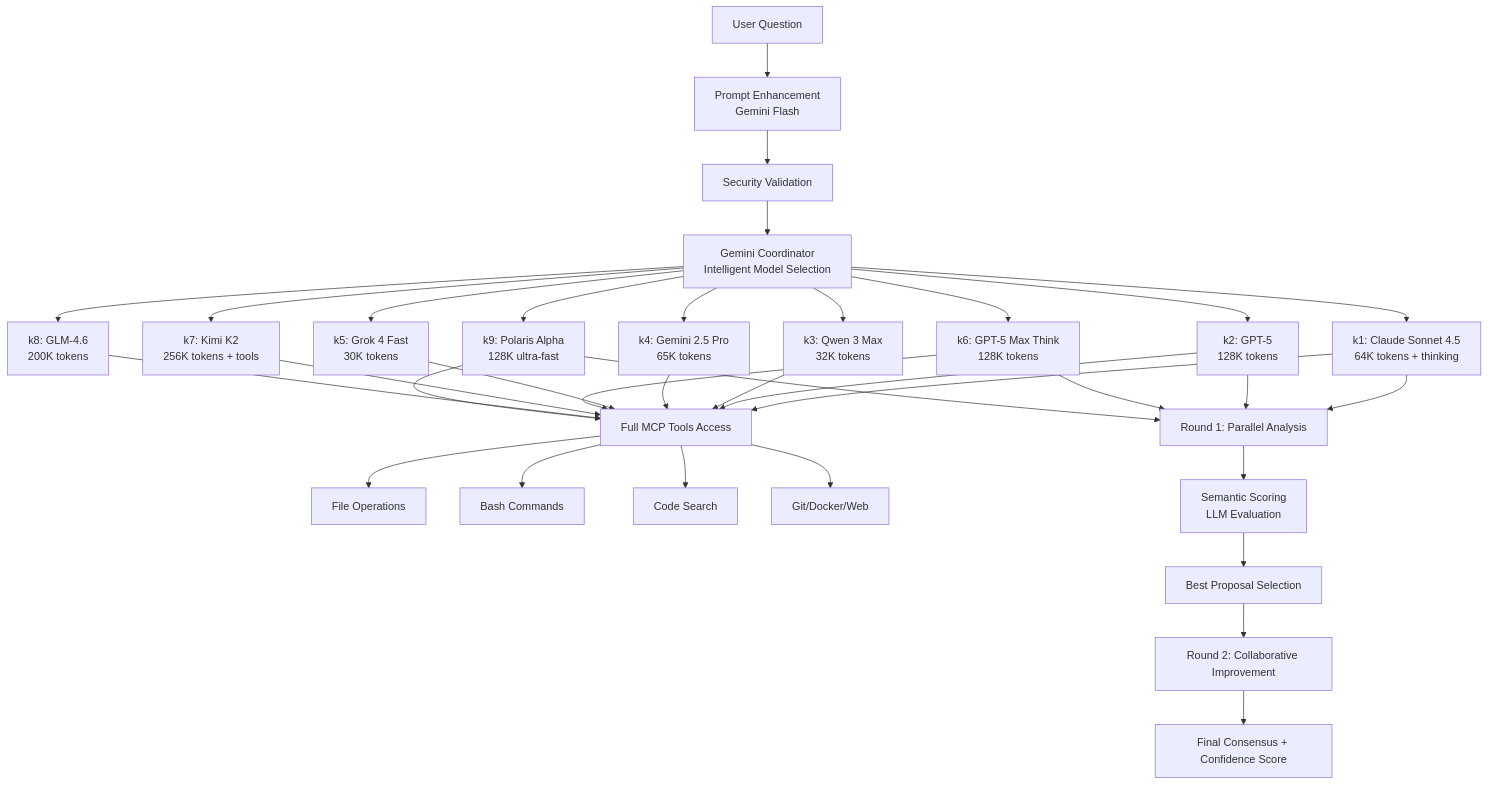
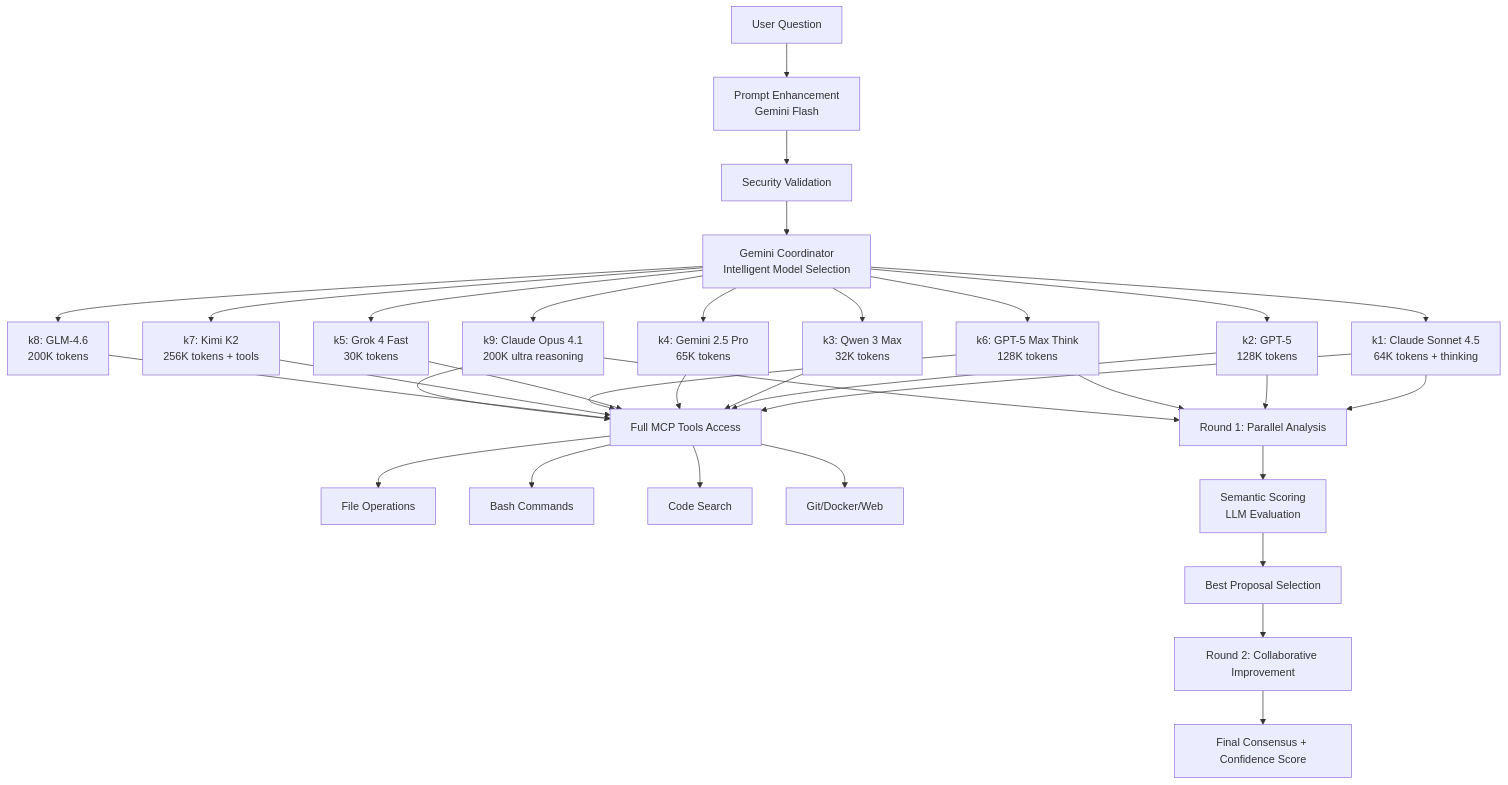
Before and after one commit to KostasNoreika/mcp-debate-consensus: the diagram in README.md, drawn with Mermaid. The commit also changed other lines of this file and 9 other files, not shown here.

First line of the commit message:
feat: Upgrade k9 to Claude Opus 4.1 with enhanced model testing

````diff
--- a/README.md
+++ b/README.md
@@ -174,40 +174,40 @@
 ```mermaid
 graph TD
     A[User Question] --> A1[Prompt Enhancement<br/>Gemini Flash]
     A1 --> B[Security Validation]
     B --> C[Gemini Coordinator<br/>Intelligent Model Selection]
     C --> D1[k1: Claude Sonnet 4.5<br/>64K tokens + thinking]
     C --> D2[k2: GPT-5<br/>128K tokens]
     C --> D3[k3: Qwen 3 Max<br/>32K tokens]
     C --> D4[k4: Gemini 2.5 Pro<br/>65K tokens]
     C --> D5[k5: Grok 4 Fast<br/>30K tokens]
     C --> D6[k6: GPT-5 Max Think<br/>128K tokens]
     C --> D7[k7: Kimi K2<br/>256K tokens + tools]
     C --> D8[k8: GLM-4.6<br/>200K tokens]
-    C --> D9[k9: Polaris Alpha<br/>128K ultra-fast]
+    C --> D9[k9: Claude Opus 4.1<br/>200K ultra reasoning]
 
     D1 --> E[Full MCP Tools Access]
     D2 --> E
     D3 --> E
     D4 --> E
     D5 --> E
     D6 --> E
     D7 --> E
     D8 --> E
     D9 --> E
 
     E --> F[File Operations]
     E --> G[Bash Commands]
     E --> H[Code Search]
     E --> I[Git/Docker/Web]
 
     D1 --> J[Round 1: Parallel Analysis]
     D2 --> J
     D6 --> J
     D9 --> J
 
     J --> K[Semantic Scoring<br/>LLM Evaluation]
     K --> L[Best Proposal Selection]
     L --> M[Round 2: Collaborative Improvement]
     M --> N[Final Consensus + Confidence Score]
 ```
````
